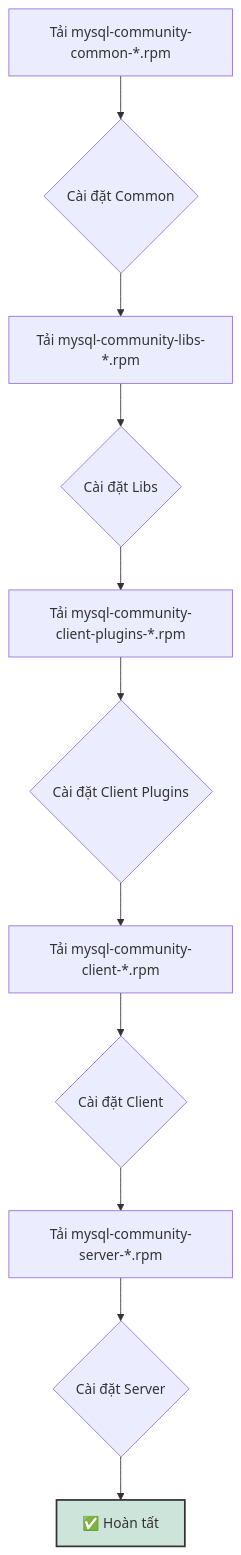
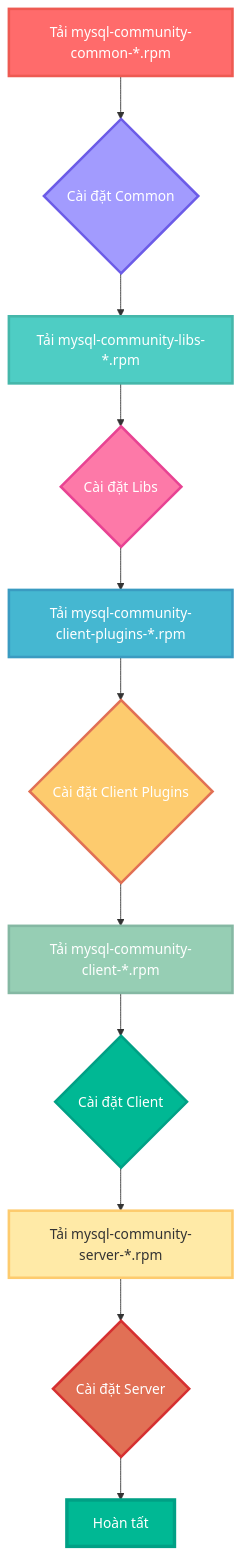
The ninth of 15 diagrams in Database Architecture/Master-Slave/master_slave_tutorial.md.md (ngockhanhvd2812/DBA), drawn with Mermaid before and after one commit. The commit also changed other lines of this file, not shown here.

````diff
--- a/Database Architecture/Master-Slave/master_slave_tutorial.md.md
+++ b/Database Architecture/Master-Slave/master_slave_tutorial.md.md
@@ -894,15 +953,27 @@
 ```mermaid
 graph TD
     A[Tải mysql-community-common-*.rpm] --> B{Cài đặt Common}
     B --> C[Tải mysql-community-libs-*.rpm]
     C --> D{Cài đặt Libs}
     D --> E[Tải mysql-community-client-plugins-*.rpm]
     E --> F{Cài đặt Client Plugins}
     F --> G[Tải mysql-community-client-*.rpm]
     G --> H{Cài đặt Client}
     H --> I[Tải mysql-community-server-*.rpm]
     I --> J{Cài đặt Server}
-    J --> K[✅ Hoàn tất]
+    J --> K[Hoàn tất]
 
-    style K fill:#cde4da,stroke:#333,stroke-width:2px
+    %% Colorful styling
+    style A fill:#ff6b6b,stroke:#ee5a52,stroke-width:3px,color:#fff
+    style C fill:#4ecdc4,stroke:#45b7aa,stroke-width:3px,color:#fff
+    style E fill:#45b7d1,stroke:#3a9bc1,stroke-width:3px,color:#fff
+    style G fill:#96ceb4,stroke:#85b8a3,stroke-width:3px,color:#fff
+    style I fill:#ffeaa7,stroke:#fdcb6e,stroke-width:3px,color:#333
+
+    style B fill:#a29bfe,stroke:#6c5ce7,stroke-width:3px,color:#fff
+    style D fill:#fd79a8,stroke:#e84393,stroke-width:3px,color:#fff
+    style F fill:#fdcb6e,stroke:#e17055,stroke-width:3px,color:#fff
+    style H fill:#00b894,stroke:#00a085,stroke-width:3px,color:#fff
+    style J fill:#e17055,stroke:#d63031,stroke-width:3px,color:#fff
+    style K fill:#00b894,stroke:#00a085,stroke-width:4px,color:#fff
 ```
````
